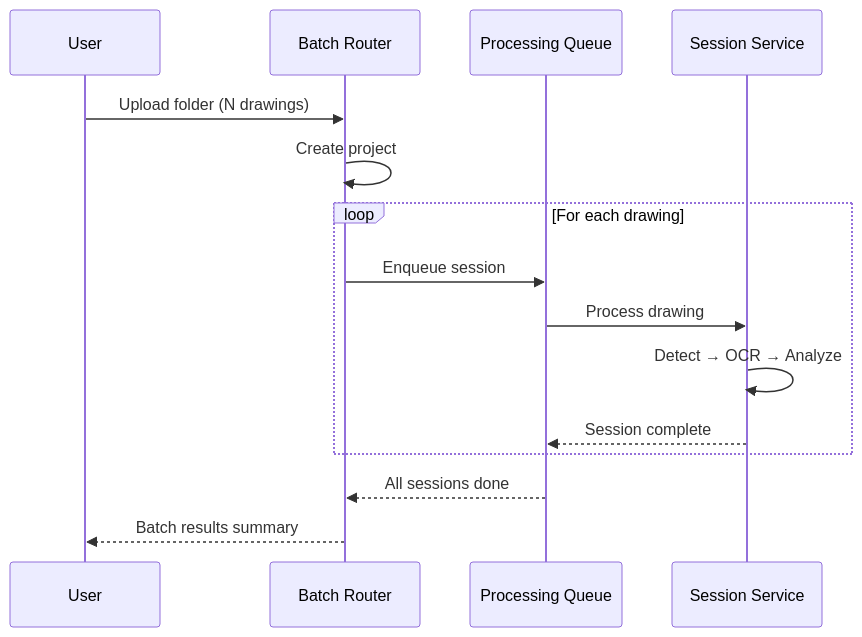
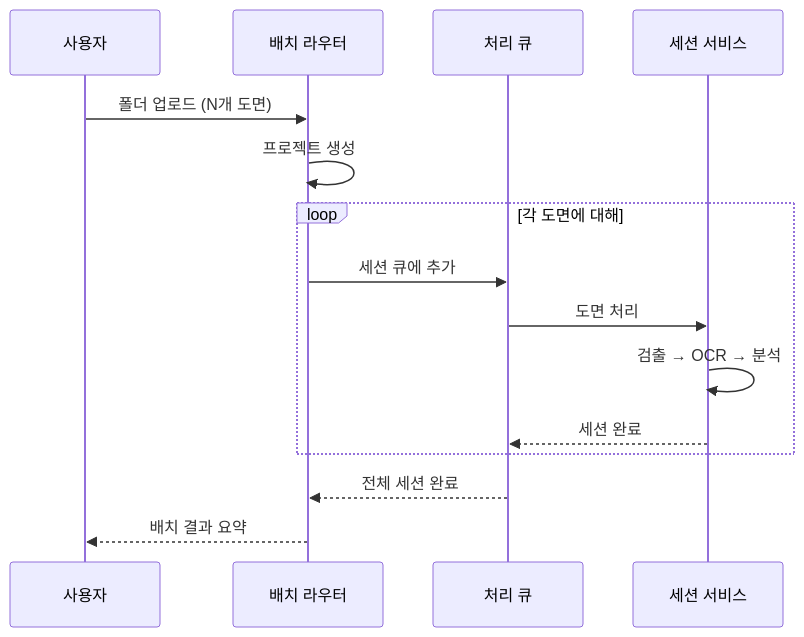
One commit to uprootai/AX_OCR changed the first of 2 diagrams in docs-site/docs/batch-delivery/batch-processing.md. Above: the diagram before and after it, drawn with Mermaid. The commit also changed other lines of this file and 64 other files, not shown here.

````diff
--- a/docs-site/docs/batch-delivery/batch-processing.md
+++ b/docs-site/docs/batch-delivery/batch-processing.md
@@ -13,18 +13,18 @@
 ```mermaid
 sequenceDiagram
-    participant U as User
-    participant B as Batch Router
-    participant Q as Processing Queue
-    participant S as Session Service
+    participant U as 사용자
+    participant B as 배치 라우터
+    participant Q as 처리 큐
+    participant S as 세션 서비스
 
-    U->>B: Upload folder (N drawings)
-    B->>B: Create project
-    loop For each drawing
-        B->>Q: Enqueue session
-        Q->>S: Process drawing
-        S->>S: Detect → OCR → Analyze
-        S-->>Q: Session complete
+    U->>B: 폴더 업로드 (N개 도면)
+    B->>B: 프로젝트 생성
+    loop 각 도면에 대해
+        B->>Q: 세션 큐에 추가
+        Q->>S: 도면 처리
+        S->>S: 검출 → OCR → 분석
+        S-->>Q: 세션 완료
     end
-    Q-->>B: All sessions done
-    B-->>U: Batch results summary
+    Q-->>B: 전체 세션 완료
+    B-->>U: 배치 결과 요약
 ```
````
